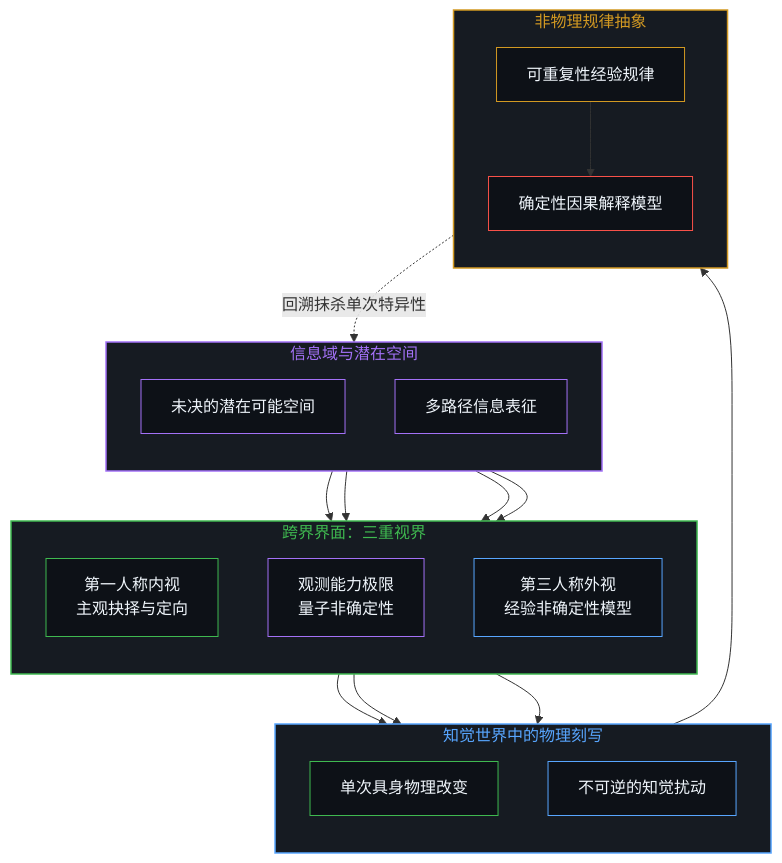
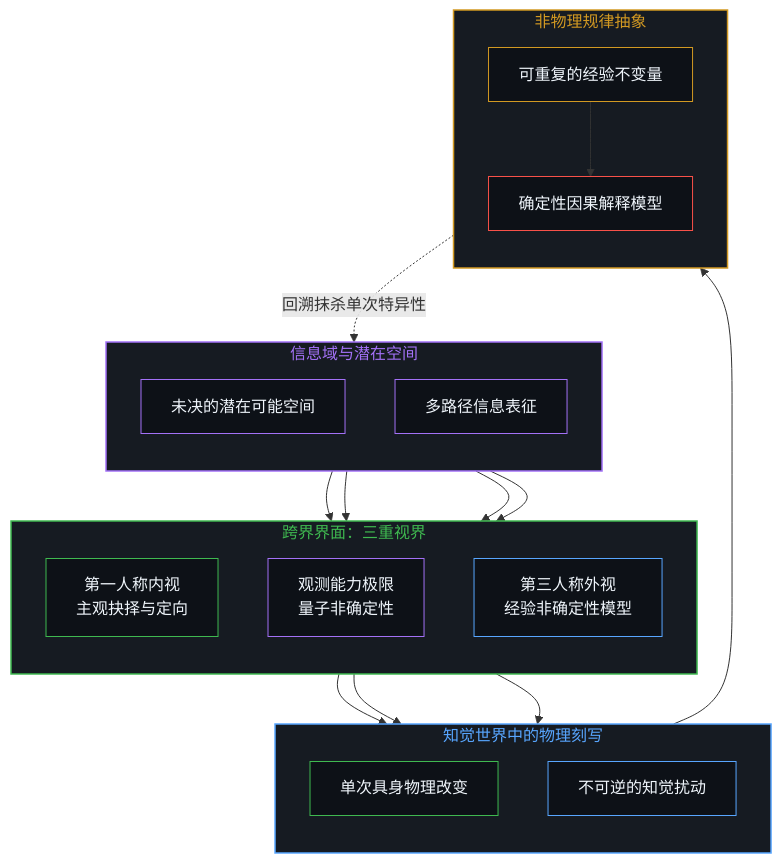
One commit to powerpig99/not-a-toe changed the first of 2 diagrams in content/posts/the-boundary-crossing-of-choice.md. Above: the diagram before and after it, drawn with Mermaid. The commit also changed other lines of this file and 12 other files, not shown here.

````diff
--- a/content/posts/the-boundary-crossing-of-choice.md
+++ b/content/posts/the-boundary-crossing-of-choice.md
@@ -43,55 +43,47 @@
 ```mermaid
 graph TD
     subgraph S_INFO ["信息域与潜在空间"]
         direction TB
         I1["未决的潜在可能空间"]
         I2["多路径信息表征"]
     end
-
     subgraph S_INTERFACE ["跨界界面：三重视界"]
         direction TB
         T_IN["第一人称内视<br/>主观抉择与定向"]
         T_LIMIT["观测能力极限<br/>量子非确定性"]
         T_OUT["第三人称外视<br/>经验非确定性模型"]
     end
-
     subgraph S_PHYS ["知觉世界中的物理刻写"]
         direction TB
         P1["单次具身物理改变"]
         P2["不可逆的知觉扰动"]
     end
-
     subgraph S_ABSTRACT ["非物理规律抽象"]
         direction TB
-        A1["可重复性经验规律"]
+        A1["可重复的经验不变量"]
         A2["确定性因果解释模型"]
     end
-
     I1 --> T_IN
     I1 --> T_LIMIT
     I1 --> T_OUT
     I2 --> T_IN
-
     T_IN --> P1
     T_LIMIT --> P1
     T_OUT --> P2
-
     P1 --> A1
     A1 --> A2
     A2 -.->|"回溯抹杀单次特异性"| I1
-
     style S_INFO fill:#161b22,stroke:#a371f7,stroke-width:1.5px,color:#a371f7
     style S_INTERFACE fill:#161b22,stroke:#3fb950,stroke-width:1.5px,color:#3fb950
     style S_PHYS fill:#161b22,stroke:#58a6ff,stroke-width:1.5px,color:#58a6ff
     style S_ABSTRACT fill:#161b22,stroke:#d29922,stroke-width:1.5px,color:#d29922
-
     style I1 fill:#0d1117,stroke:#a371f7,stroke-width:1px,color:#f0f6fc
     style I2 fill:#0d1117,stroke:#a371f7,stroke-width:1px,color:#f0f6fc
     style T_IN fill:#0d1117,stroke:#3fb950,stroke-width:1px,color:#f0f6fc
     style T_LIMIT fill:#0d1117,stroke:#a371f7,stroke-width:1px,color:#f0f6fc
     style T_OUT fill:#0d1117,stroke:#58a6ff,stroke-width:1px,color:#f0f6fc
     style P1 fill:#0d1117,stroke:#3fb950,stroke-width:1px,color:#f0f6fc
     style P2 fill:#0d1117,stroke:#58a6ff,stroke-width:1px,color:#f0f6fc
     style A1 fill:#0d1117,stroke:#d29922,stroke-width:1px,color:#f0f6fc
     style A2 fill:#0d1117,stroke:#f85149,stroke-width:1px,color:#f0f6fc
 ```
````
